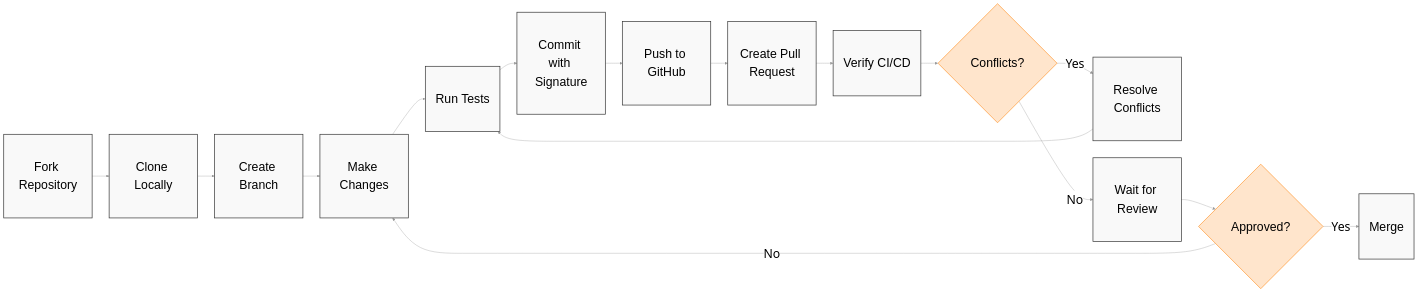
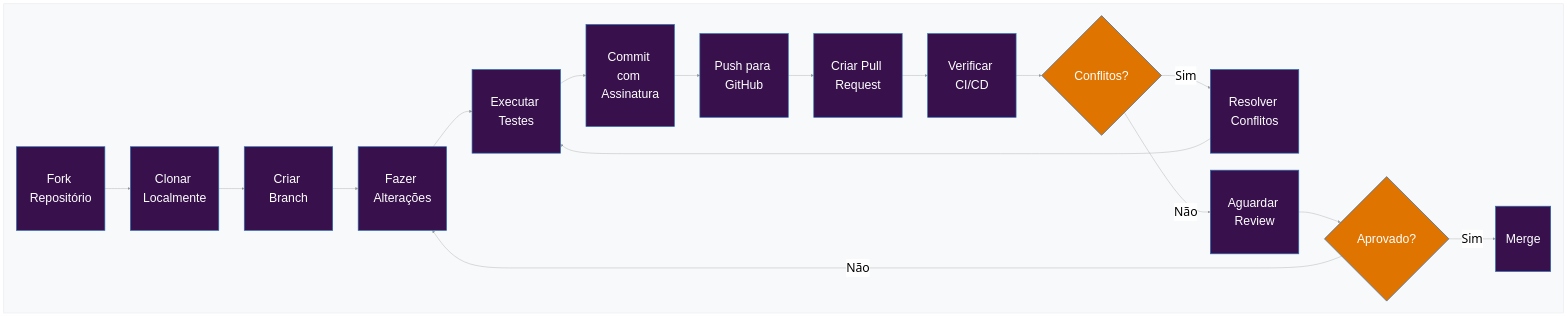
Before and after one commit to guardiafinance/hub: the diagram in i18n/en/docusaurus-plugin-content-docs/current/community/CONTRIBUTING.md, drawn with Mermaid. The commit also changed 2 other files, not shown here.

Commit message:
style: use guardia style sheet

````diff
--- a/i18n/en/docusaurus-plugin-content-docs/current/community/CONTRIBUTING.md
+++ b/i18n/en/docusaurus-plugin-content-docs/current/community/CONTRIBUTING.md
@@ -61,24 +61,28 @@
 ```mermaid
 graph LR
     %%{init: {'theme': 'neutral', 'themeVariables': { 'fontSize': '36px', 'fontFamily': 'arial', 'nodeSpacing': 120, 'rankSpacing': 100, 'lineColor': '#999999'}}}%%
-    classDef default fill:#f9f9f9,stroke:#333,stroke-width:2px,font-size:36px,font-family:arial,padding:20px;
-    classDef decision fill:#ffe5cc,stroke:#ff9933,stroke-width:2px,font-size:36px,font-family:arial,padding:20px;
+    classDef default fill:#37104c,stroke:#2b6cb0,stroke-width:2px,font-size:36px,font-family:arial,padding:20px,color:#fff;
+    classDef decision fill:#e07400,stroke:#2b6cb0,stroke-width:2px,font-size:36px,font-family:arial,padding:20px,color:#fff;
 
-    A[Fork Repository] --> B[Clone Locally]
-    B --> C[Create Branch]
-    C --> D[Make Changes]
-    D --> E[Run Tests]
-    E --> F[Commit with Signature]
-    F --> G[Push to GitHub]
-    G --> H[Create Pull Request]
-    H --> I[Verify CI/CD]
-    I --> J{Conflicts?}
-    J -->|Yes| K[Resolve Conflicts]
-    K --> E
-    J -->|No| L[Wait for Review]
-    L --> M{Approved?}
-    M -->|Yes| N[Merge]
-    M -->|No| D
+    subgraph Flow[" "]
+      direction LR
+        style Flow fill:#f8f9fa,stroke:#e9ecef,stroke-width:2px
+        A[Fork Repositório] --> B[Clonar Localmente]
+        B --> C[Criar Branch]
+        C --> D[Fazer Alterações]
+        D --> E[Executar Testes]
+        E --> F[Commit com Assinatura]
+        F --> G[Push para GitHub]
+        G --> H[Criar Pull Request]
+        H --> I[Verificar CI/CD]
+        I --> J{Conflitos?}
+        J -->|Sim| K[Resolver Conflitos]
+        K --> E
+        J -->|Não| L[Aguardar Review]
+        L --> M{Aprovado?}
+        M -->|Sim| N[Merge]
+        M -->|Não| D
+    end
 
     class J,M decision;
 ```
````
